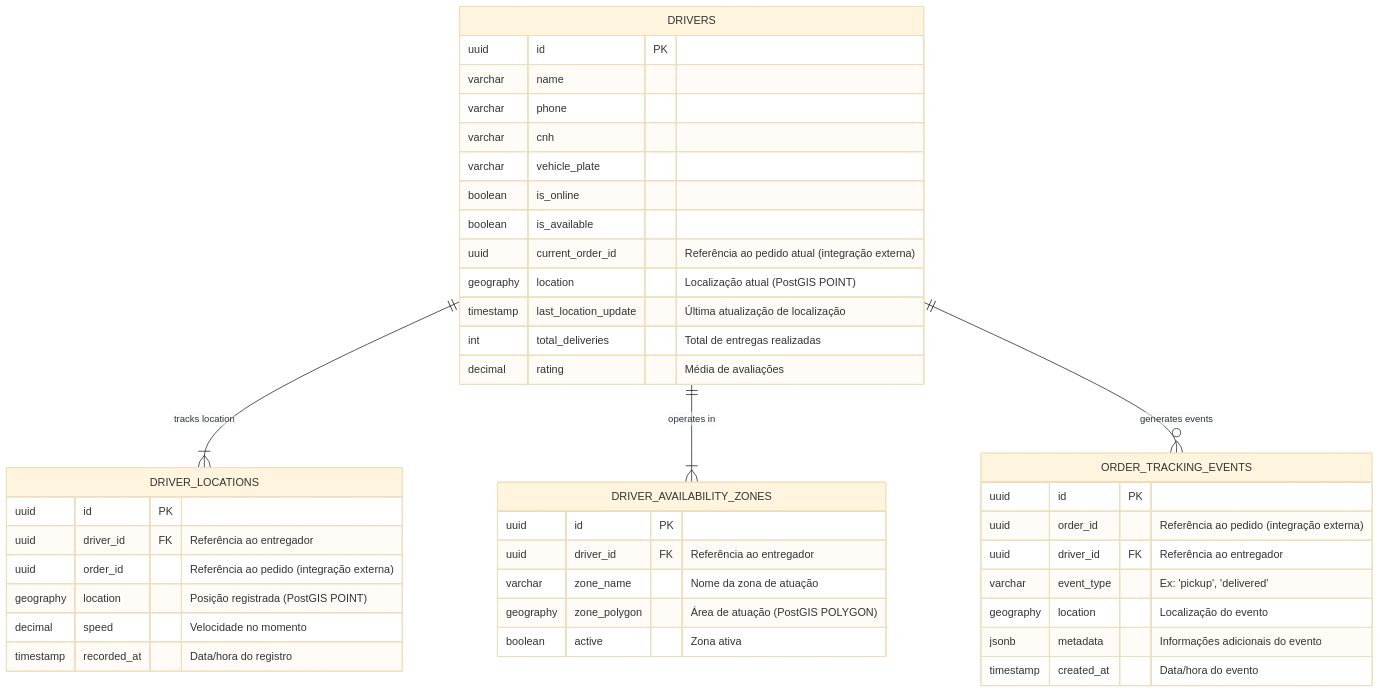
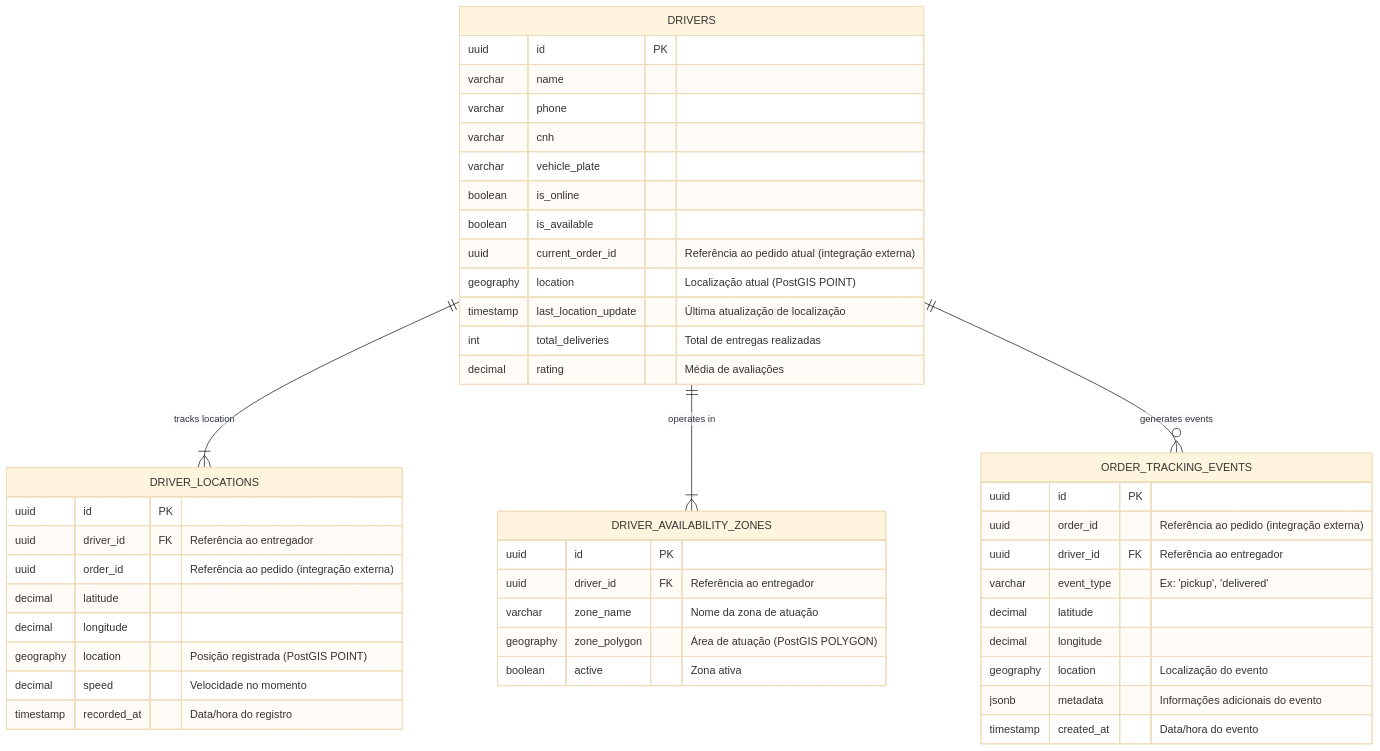
The third of 4 diagrams in ARCHITECTURE.MD (thiagoDOTjpeg/fleet-infra), drawn with Mermaid (base theme) before and after one commit. The commit also changed other lines of this file and 1 other file, not shown here.

Commit message:
feat: adição ao docker-compose redis e rabbitmq

````diff
--- a/ARCHITECTURE.MD
+++ b/ARCHITECTURE.MD
@@ -158,48 +158,52 @@
 ```mermaid
 erDiagram
     DRIVERS ||--|{ DRIVER_LOCATIONS : "tracks location"
     DRIVERS ||--|{ DRIVER_AVAILABILITY_ZONES : "operates in"
     DRIVERS ||--o{ ORDER_TRACKING_EVENTS : "generates events"
 
     DRIVERS {
         uuid id PK
         varchar name
         varchar phone
         varchar cnh
         varchar vehicle_plate
         boolean is_online
         boolean is_available
         uuid current_order_id "Referência ao pedido atual (integração externa)"
         geography location "Localização atual (PostGIS POINT)"
         timestamp last_location_update "Última atualização de localização"
         int total_deliveries "Total de entregas realizadas"
         decimal rating "Média de avaliações"
     }
 
     DRIVER_LOCATIONS {
         uuid id PK
         uuid driver_id FK "Referência ao entregador"
         uuid order_id "Referência ao pedido (integração externa)"
+        decimal latitude
+        decimal longitude
         geography location "Posição registrada (PostGIS POINT)"
         decimal speed "Velocidade no momento"
         timestamp recorded_at "Data/hora do registro"
     }
 
     DRIVER_AVAILABILITY_ZONES {
         uuid id PK
         uuid driver_id FK "Referência ao entregador"
         varchar zone_name "Nome da zona de atuação"
         geography zone_polygon "Área de atuação (PostGIS POLYGON)"
         boolean active "Zona ativa"
     }
 
     ORDER_TRACKING_EVENTS {
         uuid id PK
         uuid order_id "Referência ao pedido (integração externa)"
         uuid driver_id FK "Referência ao entregador"
         varchar event_type "Ex: 'pickup', 'delivered'"
+        decimal latitude
+        decimal longitude
         geography location "Localização do evento"
         jsonb metadata "Informações adicionais do evento"
         timestamp created_at "Data/hora do evento"
     }
 ```
````
